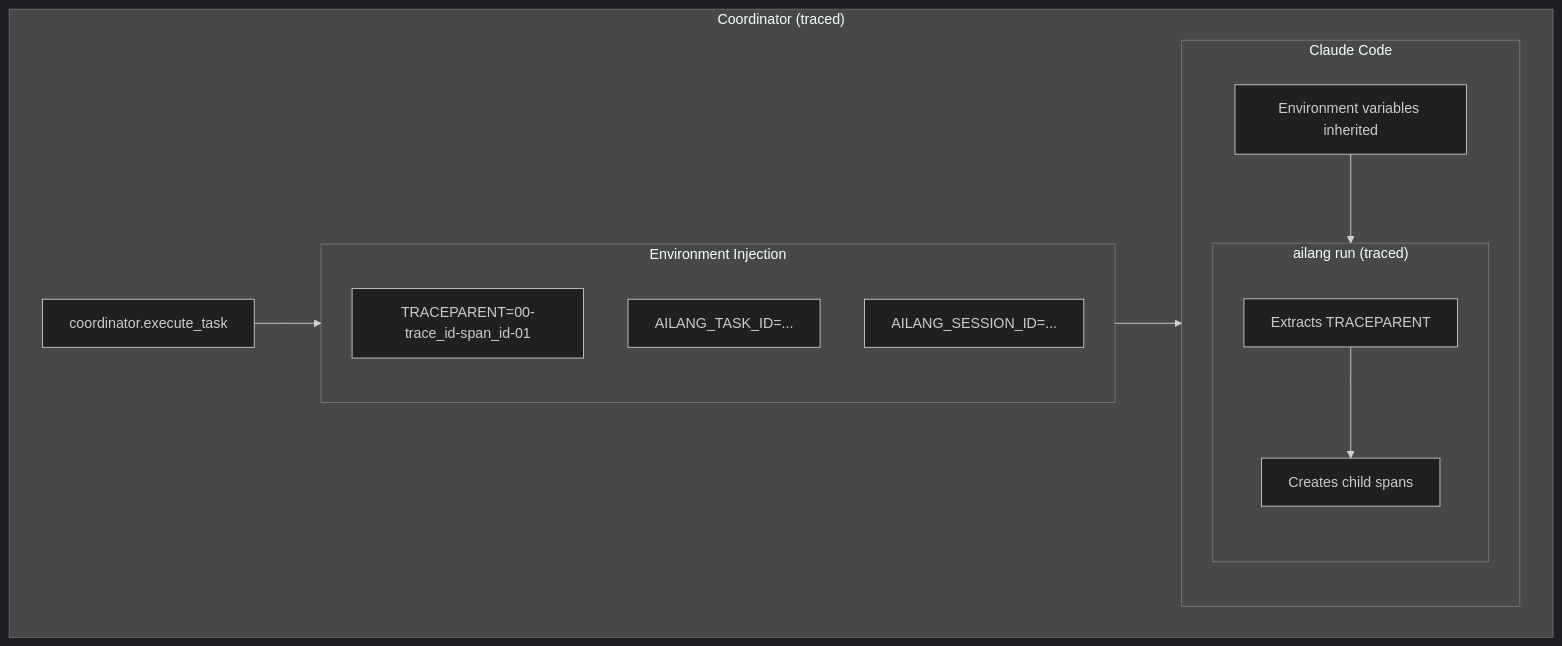
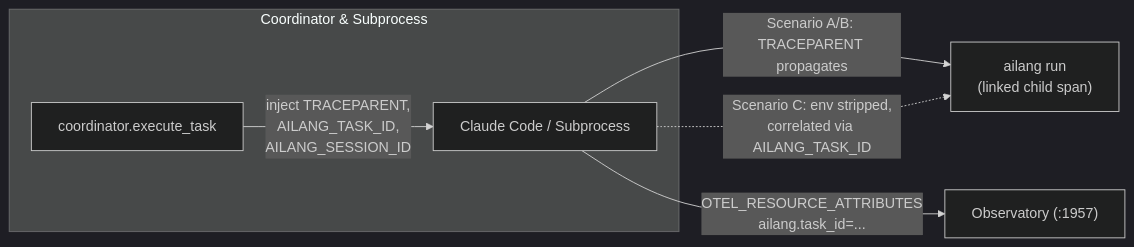
Before and after one commit to sunholo-data/ailang: the third of 4 diagrams in docs/docs/guides/telemetry.md, drawn with Mermaid (dark theme). The commit also changed other lines of this file and 53 other files, not shown here.

````diff
--- a/docs/docs/guides/telemetry.md
+++ b/docs/docs/guides/telemetry.md
@@ -425,26 +94,9 @@
 ```mermaid
-flowchart TB
-    subgraph Coordinator["Coordinator (traced)"]
-        ExecTask["coordinator.execute_task"]
-
-        subgraph Inject["Environment Injection"]
-            TP["TRACEPARENT=00-trace_id-span_id-01"]
-            TID["AILANG_TASK_ID=..."]
-            SID["AILANG_SESSION_ID=..."]
-        end
-
-        subgraph CLI["Claude Code"]
-            Inherit["Environment variables inherited"]
-
-            subgraph AILANG["ailang run (traced)"]
-                Extract["Extracts TRACEPARENT"]
-                Child["Creates child spans"]
-            end
-        end
+flowchart LR
+    subgraph Coord["Coordinator & Subprocess"]
+        Exec["coordinator.execute_task"] -->|"inject TRACEPARENT,\nAILANG_TASK_ID,\nAILANG_SESSION_ID"| CLI["Claude Code / Subprocess"]
     end
-
-    ExecTask --> Inject
-    Inject --> CLI
-    Inherit --> AILANG
-    Extract --> Child
+    CLI -->|"Scenario A/B: TRACEPARENT propagates"| Run["ailang run\n(linked child span)"]
+    CLI -.->|"Scenario C: env stripped,\ncorrelated via AILANG_TASK_ID"| Run
+    CLI -->|"OTEL_RESOURCE_ATTRIBUTES\nailang.task_id=..."| Obs["Observatory (:1957)"]
 ```
````
